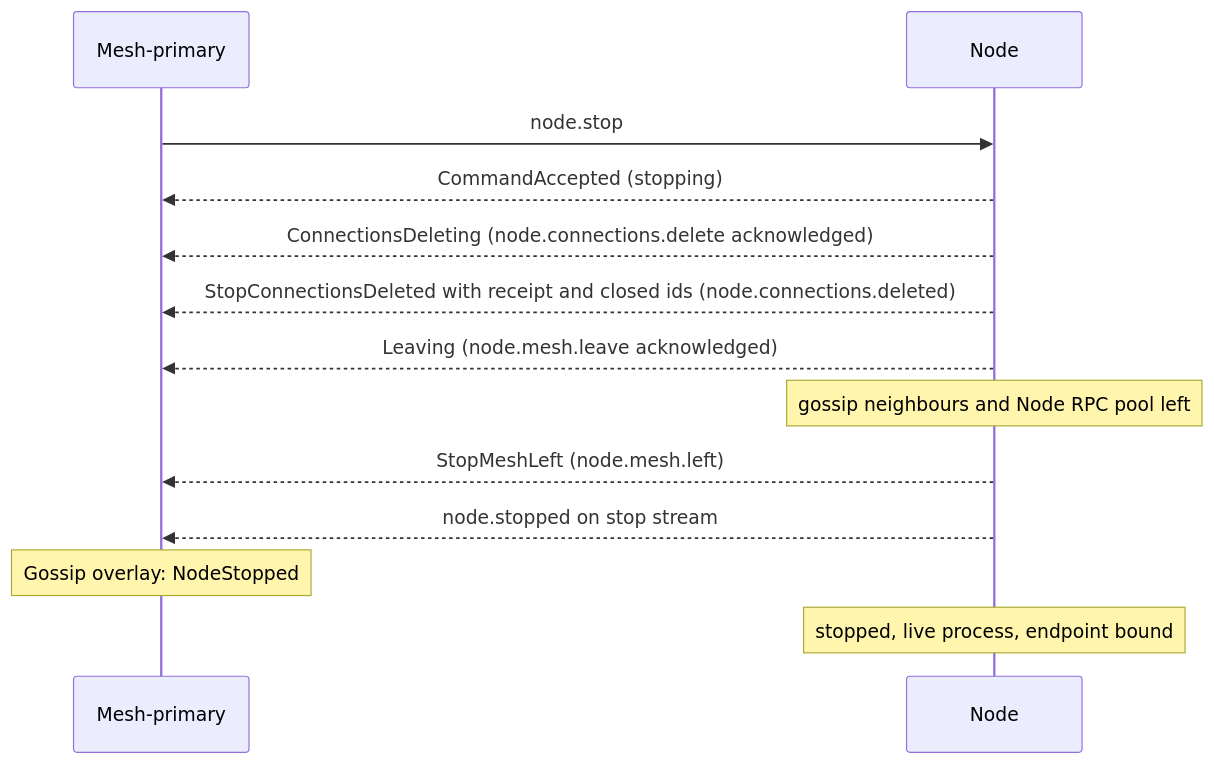
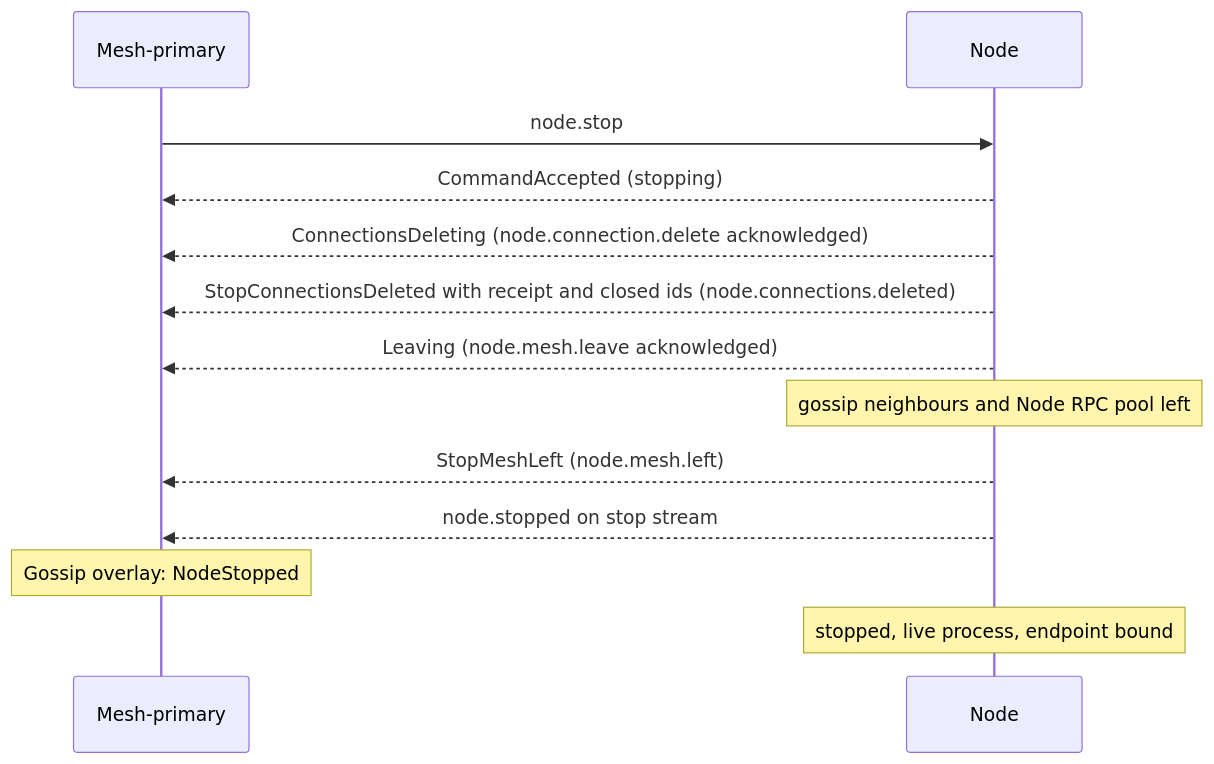
The diagram in docs/architecture/lifecycles/node-stop.md (drlukeangel/rust-distributed-mesh), drawn with Mermaid before and after one commit. The commit also changed other lines of this file and 129 other files, not shown here.

````diff
--- a/docs/architecture/lifecycles/node-stop.md
+++ b/docs/architecture/lifecycles/node-stop.md
@@ -98,15 +98,15 @@
 ```mermaid
 sequenceDiagram
     participant M as Mesh-primary
     participant N as Node
     M->>N: node.stop
     N-->>M: CommandAccepted (stopping)
-    N-->>M: ConnectionsDeleting (node.connections.delete acknowledged)
+    N-->>M: ConnectionsDeleting (node.connection.delete acknowledged)
     N-->>M: StopConnectionsDeleted with receipt and closed ids (node.connections.deleted)
     N-->>M: Leaving (node.mesh.leave acknowledged)
     Note over N: gossip neighbours and Node RPC pool left
     N-->>M: StopMeshLeft (node.mesh.left)
     N-->>M: node.stopped on stop stream
     Note over M: Gossip overlay: NodeStopped
     Note over N: stopped, live process, endpoint bound
 ```
````
